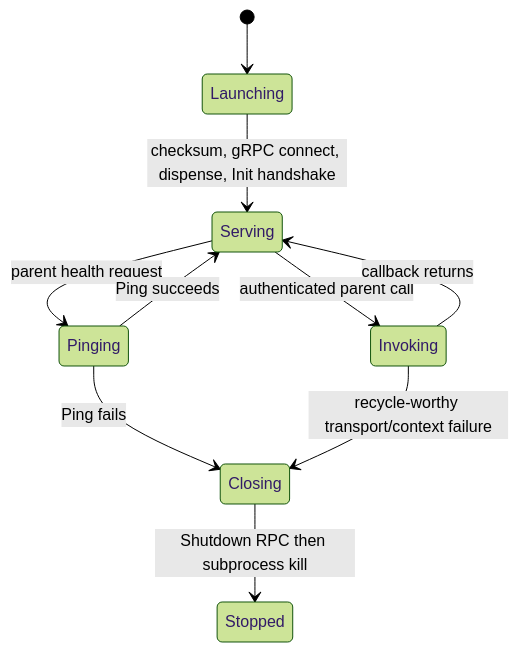
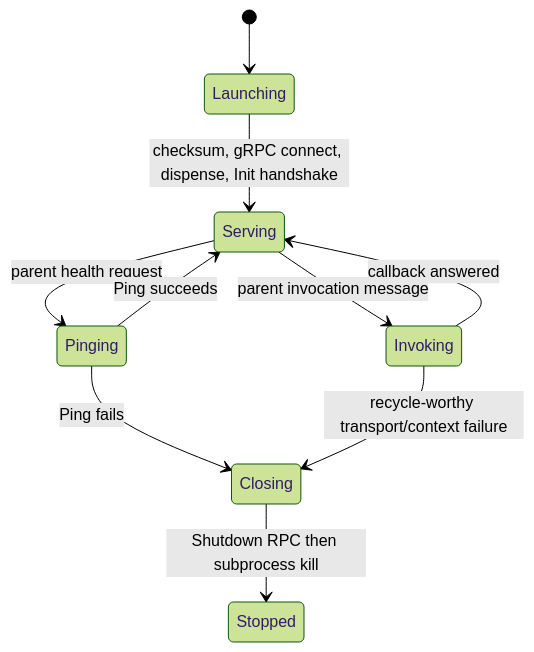
Before and after one commit to HarishHary/blink: diagram 13 of 14 in docs/internals/plugin-runtime.md, drawn with Mermaid (forest theme). The commit also changed other lines of this file and 115 other files, not shown here.

````diff
--- a/docs/internals/plugin-runtime.md
+++ b/docs/internals/plugin-runtime.md
@@ -516,12 +563,12 @@
 ```mermaid
 stateDiagram-v2
     [*] --> Launching
     Launching --> Serving: checksum, gRPC connect, dispense, Init handshake
     Serving --> Pinging: parent health request
     Pinging --> Serving: Ping succeeds
     Pinging --> Closing: Ping fails
-    Serving --> Invoking: authenticated parent call
-    Invoking --> Serving: callback returns
+    Serving --> Invoking: parent invocation message
+    Invoking --> Serving: callback answered
     Invoking --> Closing: recycle-worthy transport/context failure
     Closing --> Stopped: Shutdown RPC then subprocess kill
 ```
````
